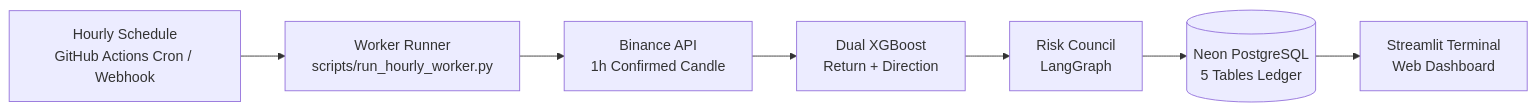
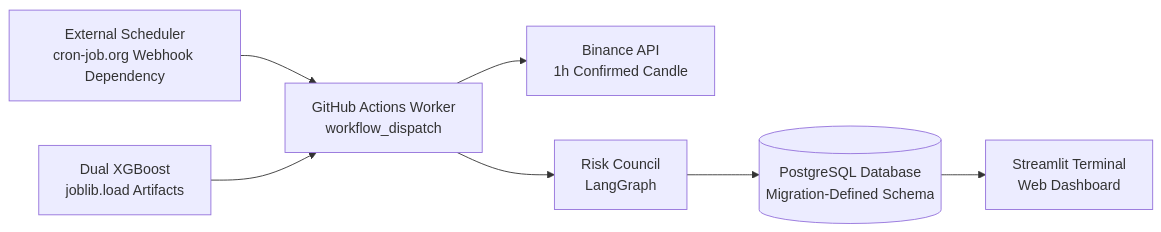
The diagram in README.md (MohitSingh-2335/Mudra), drawn with Mermaid before and after one commit. The commit also changed other lines of this file, not shown here.

Commit message:
docs: update readme architecture, test telemetry, and document paths

````diff
--- a/README.md
+++ b/README.md
@@ -40,9 +46,9 @@
 ```mermaid
 flowchart LR
-    CRON[Hourly Schedule<br/>GitHub Actions Cron / Webhook] --> WORKER[Worker Runner<br/>scripts/run_hourly_worker.py]
+    CRON[External Scheduler<br/>cron-job.org Webhook Dependency] --> WORKER[GitHub Actions Worker<br/>workflow_dispatch]
     WORKER --> DATA[Binance API<br/>1h Confirmed Candle]
-    DATA --> MODELS[Dual XGBoost<br/>Return + Direction]
-    MODELS --> COUNCIL[Risk Council<br/>LangGraph]
-    COUNCIL --> DB[(Neon PostgreSQL<br/>5 Tables Ledger)]
+    MODELS[Dual XGBoost<br/>joblib.load Artifacts] --> WORKER
+    WORKER --> COUNCIL[Risk Council<br/>LangGraph]
+    COUNCIL --> DB[(PostgreSQL Database<br/>Migration-Defined Schema)]
     DB --> UI[Streamlit Terminal<br/>Web Dashboard]
 ```
````
